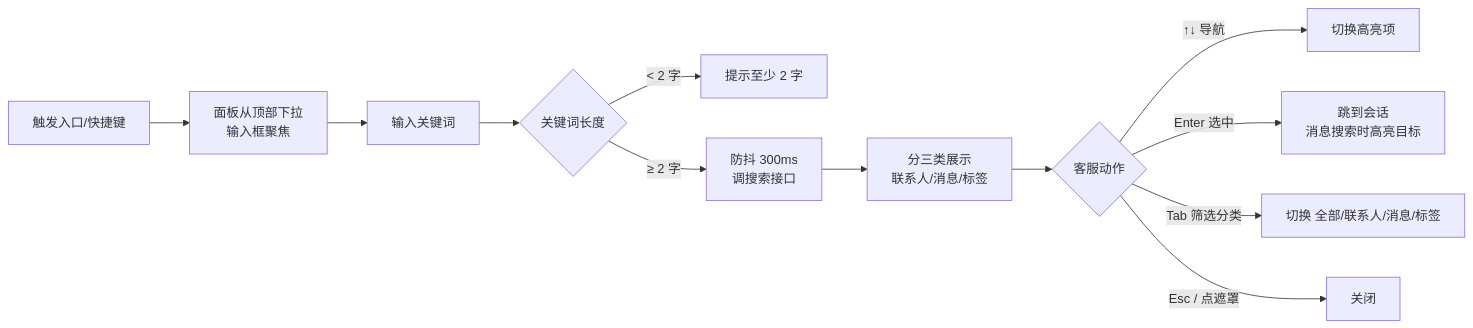
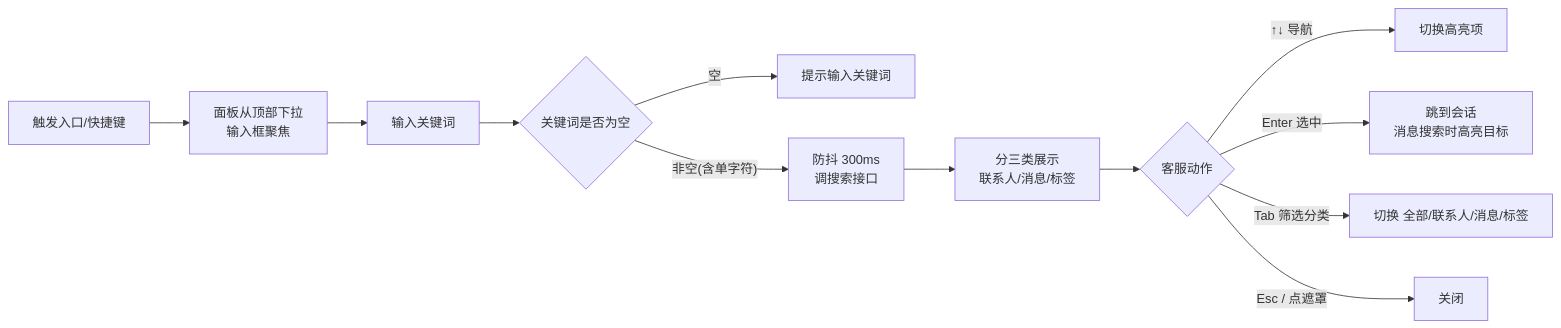
The eighth of 8 diagrams in project/domains/chat-workbench/design.md (yan-pang/VIP), drawn with Mermaid before and after one commit. The commit also changed other lines of this file and 52 other files, not shown here.

First line of the commit message:
feat: player-center 设计落定 + 新视图/组件，chat-workbench PRD 与工作台优化

````diff
--- a/project/domains/chat-workbench/design.md
+++ b/project/domains/chat-workbench/design.md
@@ -1098,14 +1161,14 @@
 ```mermaid
 graph LR
     A[触发入口/快捷键] --> B[面板从顶部下拉<br/>输入框聚焦]
     B --> C[输入关键词]
-    C --> D{关键词长度}
-    D -- < 2 字 --> E[提示至少 2 字]
-    D -- ≥ 2 字 --> F[防抖 300ms<br/>调搜索接口]
+    C --> D{关键词是否为空}
+    D -- 空 --> E[提示输入关键词]
+    D -- 非空(含单字符) --> F[防抖 300ms<br/>调搜索接口]
     F --> G[分三类展示<br/>联系人/消息/标签]
     G --> H{客服动作}
     H -- ↑↓ 导航 --> I[切换高亮项]
     H -- Enter 选中 --> J[跳到会话<br/>消息搜索时高亮目标]
     H -- Tab 筛选分类 --> K[切换 全部/联系人/消息/标签]
     H -- Esc / 点遮罩 --> L[关闭]
 ```
````
